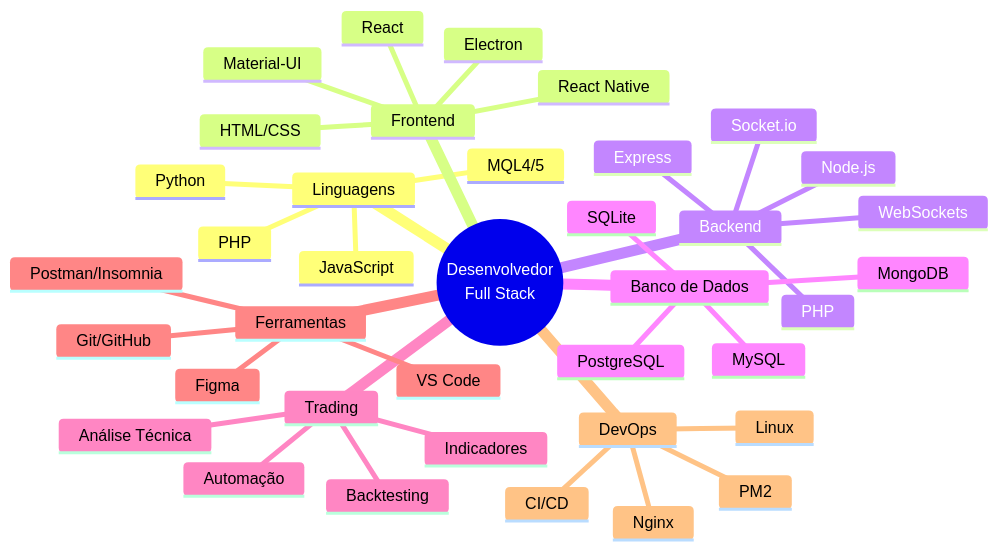
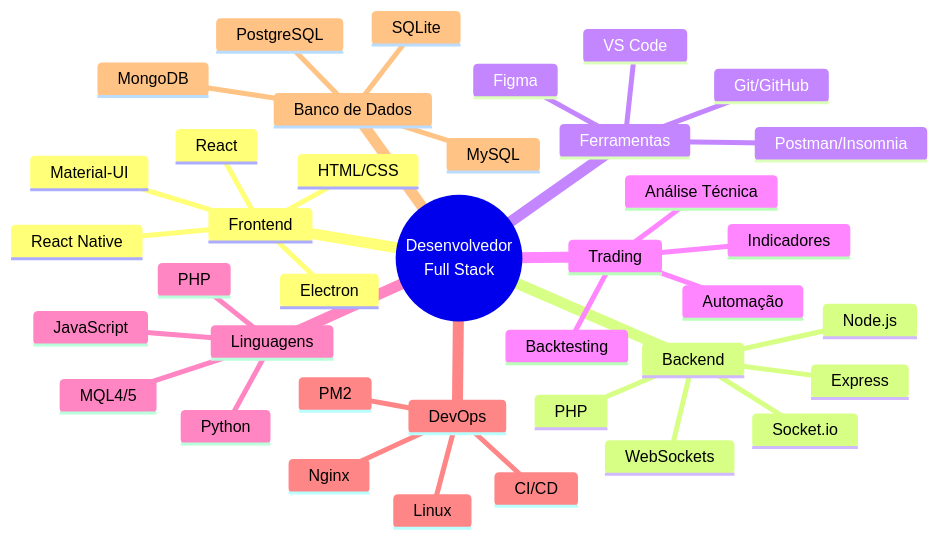
Before and after one commit to AlesonPungirum/AlesonPungirum: the first of 4 diagrams in README.md, drawn with Mermaid. The commit also changed other lines of this file, not shown here.

````diff
--- a/README.md
+++ b/README.md
@@ -38,41 +38,41 @@
 ```mermaid
 mindmap
   root((Desenvolvedor<br/>Full Stack))
-    Linguagens
-      JavaScript
-      Python
-      PHP
-      MQL4/5
     Frontend
       React
       React Native
       HTML/CSS
       Material-UI
       Electron
     Backend
       Node.js
       PHP
       Socket.io
       Express
       WebSockets
-    Banco de Dados
-      MySQL
-      MongoDB
-      SQLite
-      PostgreSQL
+    Ferramentas
+      VS Code
+      Git/GitHub
+      Postman/Insomnia
+      Figma
     Trading
       Análise Técnica
       Indicadores
       Backtesting
       Automação
-    Ferramentas
-      VS Code
-      Git/GitHub
-      Postman/Insomnia
-      Figma
+    Linguagens
+      JavaScript
+      Python
+      PHP
+      MQL4/5
     DevOps
       Linux
       Nginx
       PM2
       CI/CD
+    Banco de Dados
+      MySQL
+      MongoDB
+      PostgreSQL
+      SQLite
 ```
````
